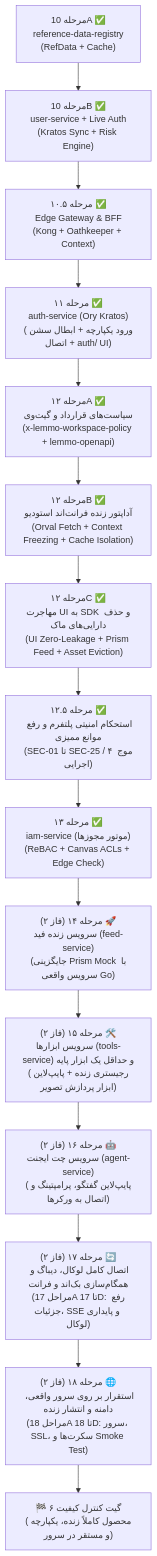
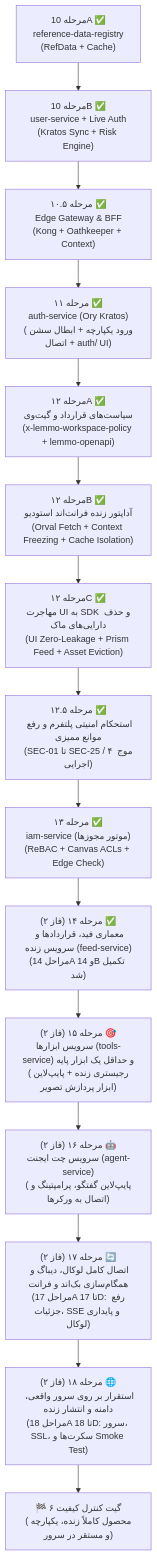
Before and after one commit to itstalentnet/dotdive: the second of 3 diagrams in docs/lemmo/03-backend/roadmap.md, drawn with Mermaid. The commit also changed other lines of this file, not shown here.

Commit message:
docs(roadmap): mark Stage 14B completed and Stage 15 as next active stage

````diff
--- a/docs/lemmo/03-backend/roadmap.md
+++ b/docs/lemmo/03-backend/roadmap.md
@@ -121,17 +121,17 @@
 ```mermaid
 flowchart TD
     S10A["مرحله 10A ✅<br>reference-data-registry<br>(RefData + Cache)"] --> S10B["مرحله 10B ✅<br>user-service + Live Auth<br>(Kratos Sync + Risk Engine)"]
     S10B --> S105["مرحله ۱۰.۵ ✅<br>Edge Gateway & BFF<br>(Kong + Oathkeeper + Context)"]
     S105 --> S11["مرحله ۱۱ ✅<br>auth-service (Ory Kratos)<br>(ورود یکپارچه + ابطال سشن + اتصال auth/ UI)"]
     S11 --> S12A["مرحله ۱۲A ✅<br>سیاست‌های قرارداد و گیت‌وی<br>(x-lemmo-workspace-policy + lemmo-openapi)"]
     S12A --> S12B["مرحله ۱۲B ✅<br>آداپتور زنده فرانت‌اند استودیو<br>(Orval Fetch + Context Freezing + Cache Isolation)"]
     S12B --> S12C["مرحله ۱۲C ✅<br>مهاجرت UI به SDK و حذف دارایی‌های ماک<br>(UI Zero-Leakage + Prism Feed + Asset Eviction)"]
     S12C --> S125["مرحله ۱۲.۵ ✅<br>استحکام امنیتی پلتفرم و رفع موانع ممیزی<br>(SEC-01 تا SEC-25 / ۴ موج اجرایی)"]
     S125 --> S13["مرحله ۱۳ ✅<br>iam-service (موتور مجوزها)<br>(ReBAC + Canvas ACLs + Edge Check)"]
-    S13 --> S14["مرحله ۱۴ (فاز ۲) 🚀<br>سرویس زنده فید (feed-service)<br>(جایگزینی Prism Mock با سرویس واقعی Go)"]
-    S14 --> S15["مرحله ۱۵ (فاز ۲) 🛠️<br>سرویس ابزارها (tools-service) و حداقل یک ابزار پایه<br>(رجیستری زنده + پایپ‌لاین ابزار پردازش تصویر)"]
+    S13 --> S14["مرحله ۱۴ (فاز ۲) ✅<br>معماری فید، قراردادها و سرویس زنده (feed-service)<br>(مراحل 14A و 14B تکمیل شد)"]
+    S14 --> S15["مرحله ۱۵ (فاز ۲) 🎯<br>سرویس ابزارها (tools-service) و حداقل یک ابزار پایه<br>(رجیستری زنده + پایپ‌لاین ابزار پردازش تصویر)"]
     S15 --> S16["مرحله ۱۶ (فاز ۲) 🤖<br>سرویس چت ایجنت (agent-service)<br>(پایپ‌لاین گفتگو، پرامپتینگ و اتصال به ورکرها)"]
     S16 --> S17["مرحله ۱۷ (فاز ۲) 🔄<br>اتصال کامل لوکال، دیباگ و همگام‌سازی بک‌اند و فرانت<br>(مراحل 17A تا 17D: رفع جزئیات، SSE و پایداری لوکال)"]
     S17 --> S18["مرحله ۱۸ (فاز ۲) 🌐<br>استقرار بر روی سرور واقعی، دامنه و انتشار زنده<br>(مراحل 18A تا 18D: سرور، SSL، سکرت‌ها و Smoke Test)"]
     S18 --> Gate6["🏁 گیت کنترل کیفیت ۶<br>(محصول کاملاً زنده، یکپارچه و مستقر در سرور)"]
 ```
````
